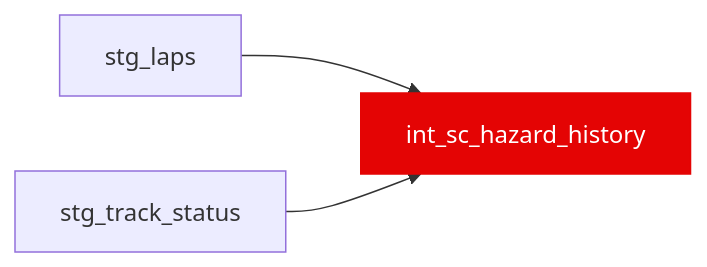
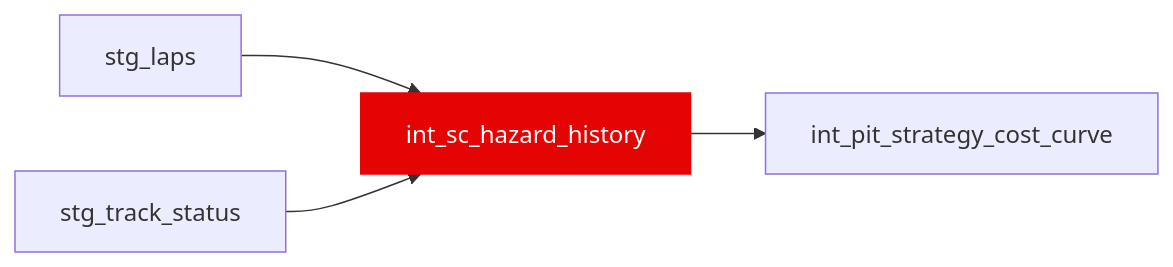
Before and after one commit to JustinClarke/off-the-pace: the diagram in docs/reference/models/int/int_sc_hazard_history.mdx, drawn with Mermaid. The commit also changed 89 other files, not shown here.

````diff
--- a/docs/reference/models/int/int_sc_hazard_history.mdx
+++ b/docs/reference/models/int/int_sc_hazard_history.mdx
@@ -15,6 +15,7 @@
 ```mermaid
 flowchart LR
   stg_laps --> int_sc_hazard_history
   stg_track_status --> int_sc_hazard_history
+  int_sc_hazard_history --> int_pit_strategy_cost_curve
   style int_sc_hazard_history fill:#e40404,stroke:#e40404,color:#fff
 ```
````
